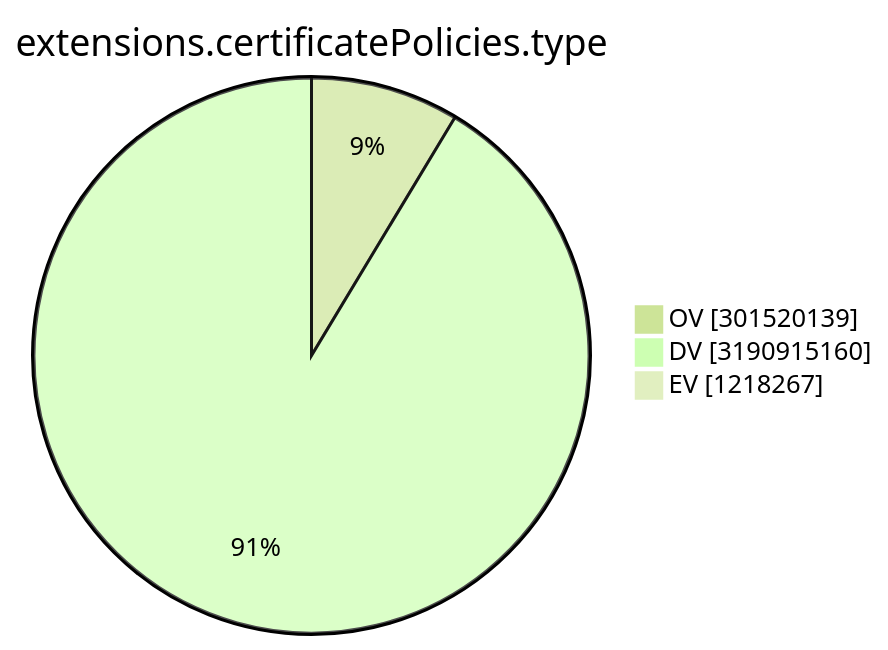
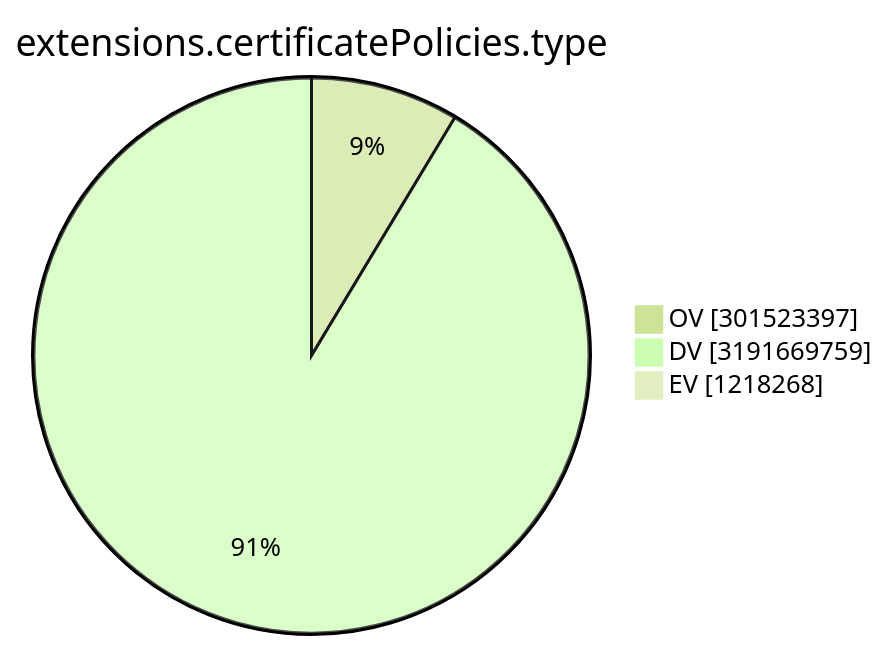
The ninth of 15 diagrams in TOTAL/README.md (christiankrug/ctmonitor_visualization), drawn with Mermaid (forest theme) before and after one commit. The commit also changed other lines of this file, not shown here.

````diff
--- a/TOTAL/README.md
+++ b/TOTAL/README.md
@@ -3106,7 +3106,7 @@
 ```mermaid
 pie showData
 title extensions.certificatePolicies.type
-"OV" :301520139
-"DV" :3190915160
-"EV" :1218267
+"OV" :301523397
+"DV" :3191669759
+"EV" :1218268
 ```
````
